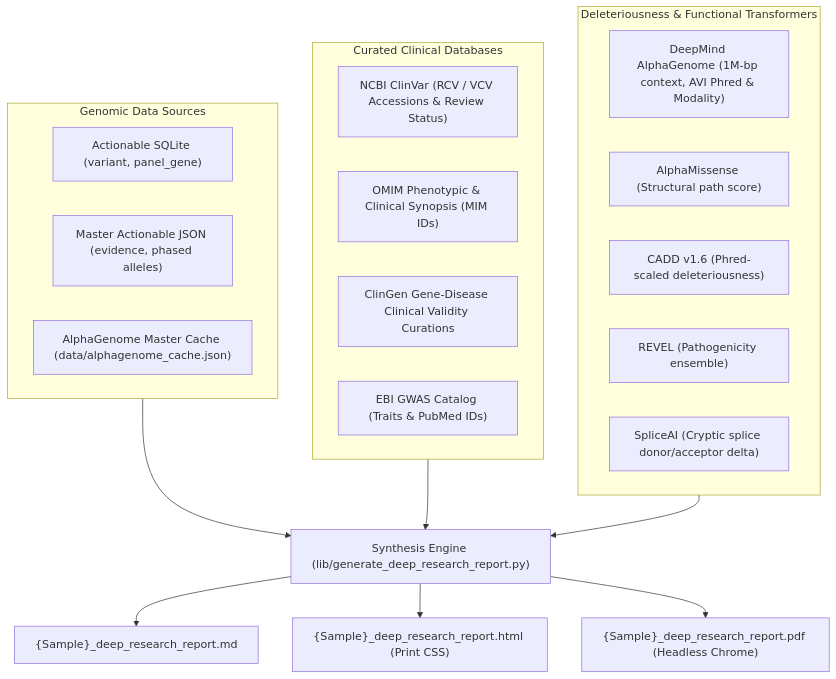
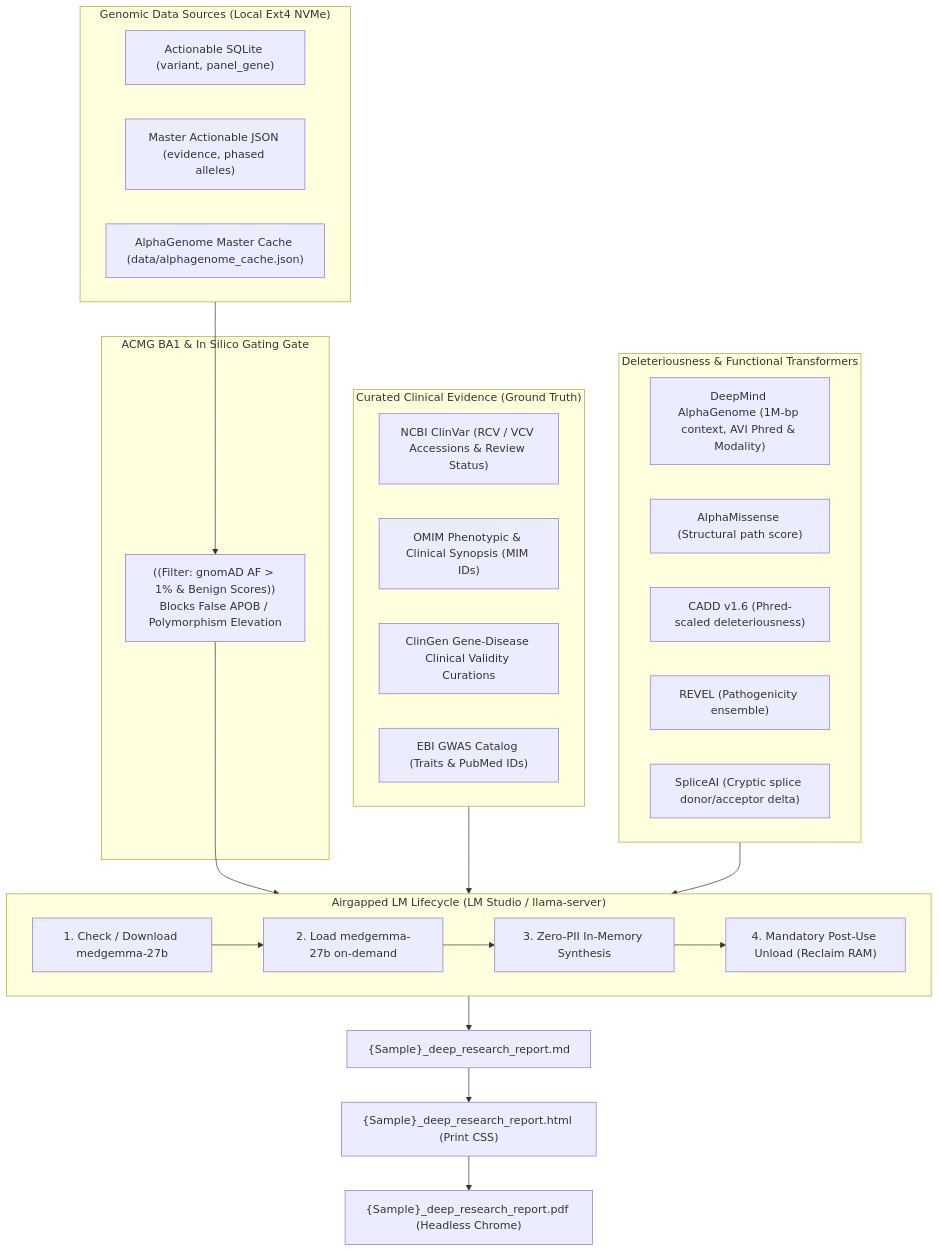
One commit to dehrle0/genomics-ontology changed the diagram in skills/deep-variant-research-report/SKILL.md. Above: the diagram before and after it, drawn with Mermaid. The commit also changed other lines of this file and 1 other file, not shown here.

Commit message:
fix(synthesis): enforce ACMG BA1 benign gating against false APOB reporting and update deep-variant-research-report skill with LM Studio model lifecycle

````diff
--- a/skills/deep-variant-research-report/SKILL.md
+++ b/skills/deep-variant-research-report/SKILL.md
@@ -20,28 +48,39 @@
 ```mermaid
 flowchart TD
-    subgraph Genomic_Inputs["Genomic Data Sources"]
+    subgraph Genomic_Inputs["Genomic Data Sources (Local Ext4 NVMe)"]
         DB["Actionable SQLite (variant, panel_gene)"]
         JSON["Master Actionable JSON (evidence, phased alleles)"]
         AG_CACHE["AlphaGenome Master Cache (data/alphagenome_cache.json)"]
     end
 
-    subgraph Evidence_Layer["Curated Clinical Databases"]
+    subgraph ACMG_Gating["ACMG BA1 & In Silico Gating Gate"]
+        GATE["((Filter: gnomAD AF > 1% & Benign Scores))<br/>Blocks False APOB / Polymorphism Elevation"]
+    end
+
+    subgraph Evidence_Layer["Curated Clinical Evidence (Ground Truth)"]
         CV["NCBI ClinVar (RCV / VCV Accessions & Review Status)"]
         OMIM["OMIM Phenotypic & Clinical Synopsis (MIM IDs)"]
         CLINGEN["ClinGen Gene-Disease Clinical Validity Curations"]
         GWAS["EBI GWAS Catalog (Traits & PubMed IDs)"]
     end
 
     subgraph AI_Ensemble["Deleteriousness & Functional Transformers"]
         AG["DeepMind AlphaGenome (1M-bp context, AVI Phred & Modality)"]
         AM["AlphaMissense (Structural path score)"]
         CADD["CADD v1.6 (Phred-scaled deleteriousness)"]
         REV["REVEL (Pathogenicity ensemble)"]
         SPL["SpliceAI (Cryptic splice donor/acceptor delta)"]
     end
 
-    Genomic_Inputs & Evidence_Layer & AI_Ensemble --> CORE["Synthesis Engine (lib/generate_deep_research_report.py)"]
-    CORE --> OUT_MD["{Sample}_deep_research_report.md"]
-    CORE --> OUT_HTML["{Sample}_deep_research_report.html (Print CSS)"]
-    CORE --> OUT_PDF["{Sample}_deep_research_report.pdf (Headless Chrome)"]
+    subgraph Local_LM_Lifecycle["Airgapped LM Lifecycle (LM Studio / llama-server)"]
+        CHECK_DL["1. Check / Download medgemma-27b"] --> LOAD_LM["2. Load medgemma-27b on-demand"]
+        LOAD_LM --> INFER["3. Zero-PII In-Memory Synthesis"]
+        INFER --> UNLOAD_LM["4. Mandatory Post-Use Unload (Reclaim RAM)"]
+    end
+
+    Genomic_Inputs --> GATE
+    GATE & Evidence_Layer & AI_Ensemble --> Local_LM_Lifecycle
+    Local_LM_Lifecycle --> OUT_MD["{Sample}_deep_research_report.md"]
+    OUT_MD --> OUT_HTML["{Sample}_deep_research_report.html (Print CSS)"]
+    OUT_HTML --> OUT_PDF["{Sample}_deep_research_report.pdf (Headless Chrome)"]
 ```
````
